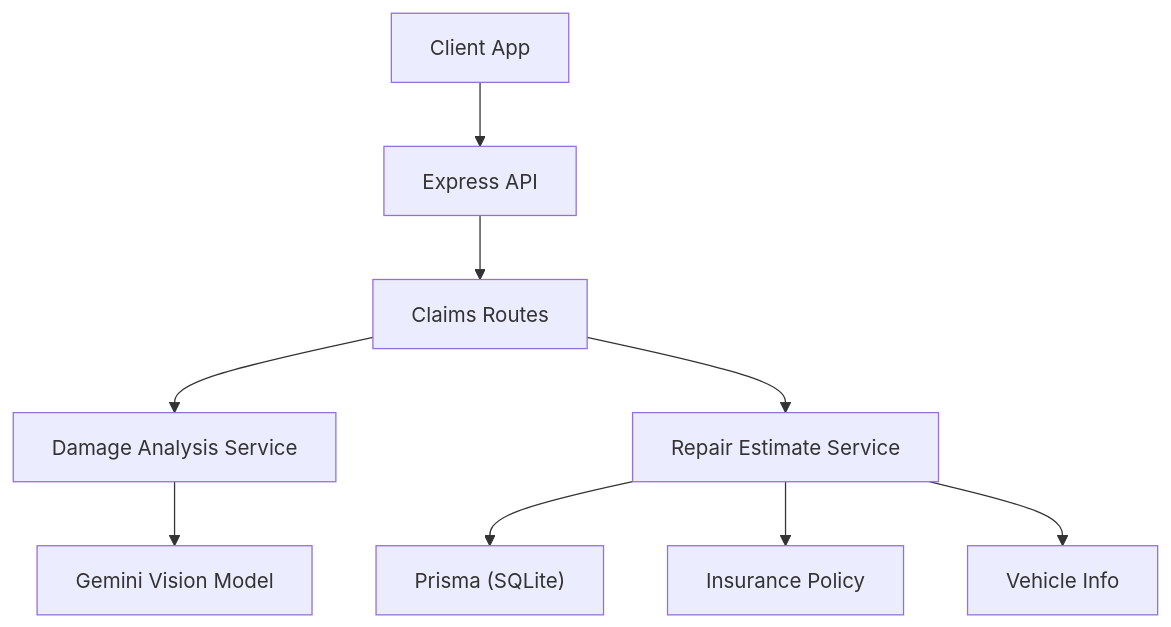
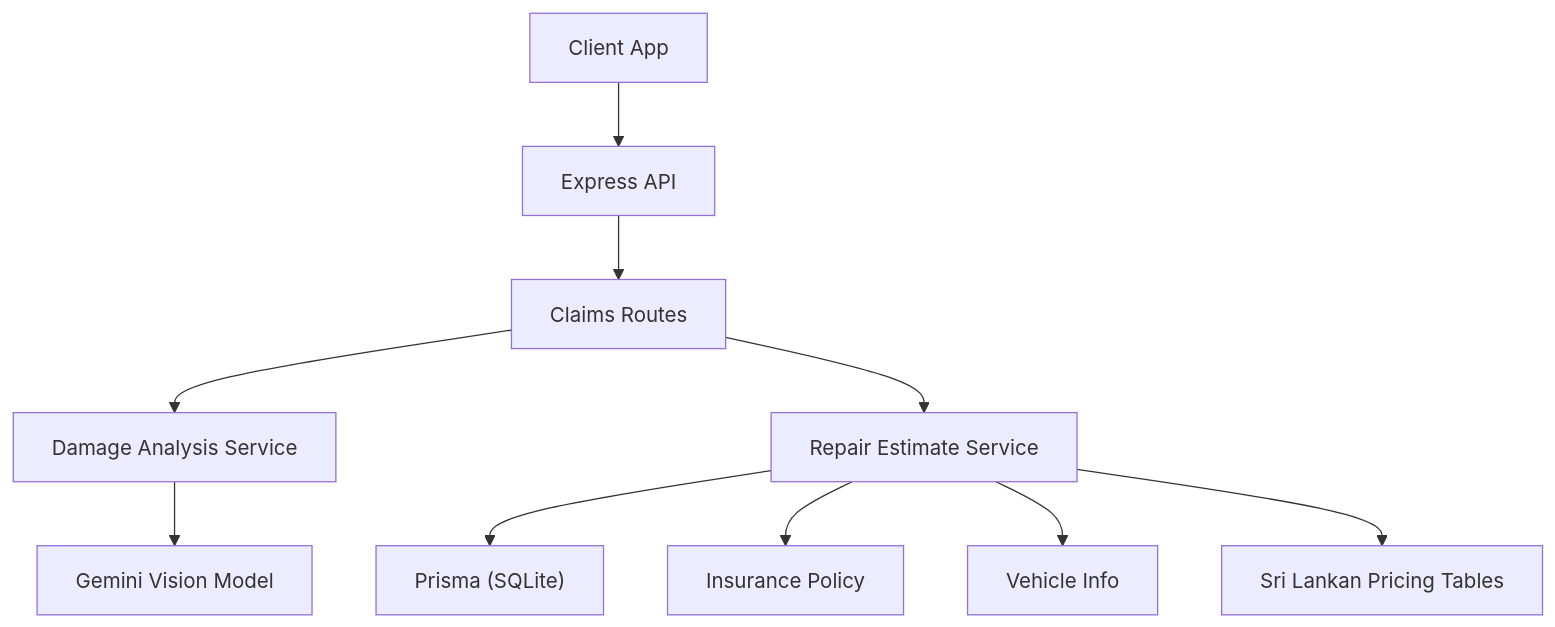
Before and after one commit to NaveenHiranya/Smart-Vehicle-Insurance-Claim-System: the first of 6 diagrams in .qoder/repowiki/en/content/Backend Documentation/Business Logic & Services/Repair Estimate Service.md, drawn with Mermaid. The commit also changed other lines of this file and 9 other files, not shown here.

````diff
--- a/.qoder/repowiki/en/content/Backend Documentation/Business Logic & Services/Repair Estimate Service.md
+++ b/.qoder/repowiki/en/content/Backend Documentation/Business Logic & Services/Repair Estimate Service.md
@@ -38,11 +51,12 @@
 ```mermaid
 graph TB
 Client["Client App"] --> API["Express API"]
 API --> ClaimsRoutes["Claims Routes"]
 ClaimsRoutes --> DamageAnalysis["Damage Analysis Service"]
 ClaimsRoutes --> RepairEstimate["Repair Estimate Service"]
 DamageAnalysis --> Gemini["Gemini Vision Model"]
 RepairEstimate --> DB["Prisma (SQLite)"]
 RepairEstimate --> Policy["Insurance Policy"]
 RepairEstimate --> Vehicle["Vehicle Info"]
+RepairEstimate --> LKRPricing["Sri Lankan Pricing Tables"]
 ```
````
